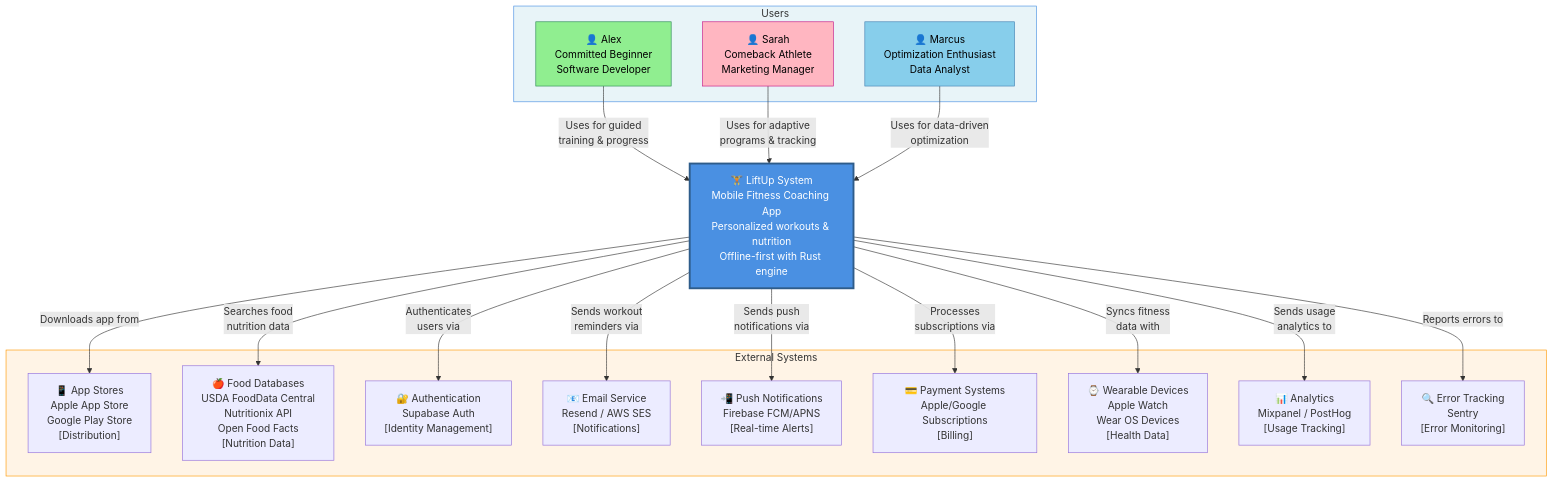
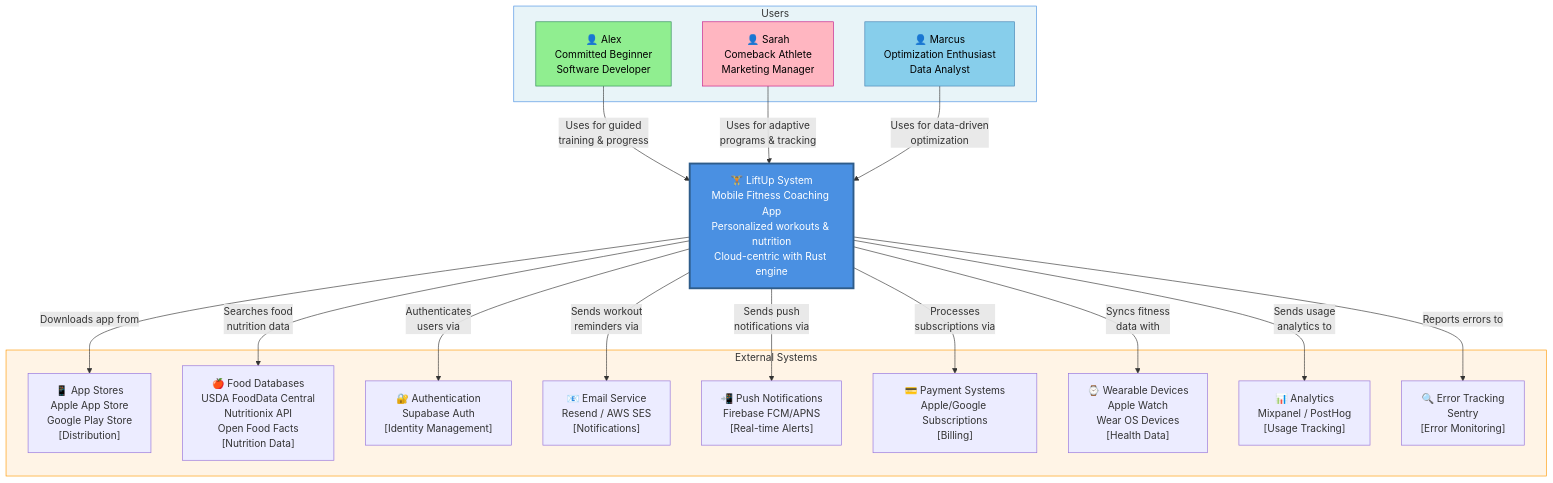
Before and after one commit to Eip-LiftUp/LiftUp-EIP: the first of 5 diagrams in docs/ARCHITECTURE_UML_C4_MODEL.md, drawn with Mermaid. The commit also changed other lines of this file, not shown here.

Commit message:
Doc : Refactor architecture to cloud-centric model

````diff
--- a/docs/ARCHITECTURE_UML_C4_MODEL.md
+++ b/docs/ARCHITECTURE_UML_C4_MODEL.md
@@ -50,51 +50,51 @@
 ```mermaid
 graph TB
     subgraph Users
         Alex["👤 Alex<br/>Committed Beginner<br/>Software Developer"]
         Sarah["👤 Sarah<br/>Comeback Athlete<br/>Marketing Manager"]
         Marcus["👤 Marcus<br/>Optimization Enthusiast<br/>Data Analyst"]
     end
     
-    LiftUp["🏋️ LiftUp System<br/>Mobile Fitness Coaching App<br/>Personalized workouts & nutrition<br/>Offline-first with Rust engine"]
+    LiftUp["🏋️ LiftUp System<br/>Mobile Fitness Coaching App<br/>Personalized workouts & nutrition<br/>Cloud-centric with Rust engine"]
     
     subgraph External_Systems["External Systems"]
         AppStores["📱 App Stores<br/>Apple App Store<br/>Google Play Store<br/>[Distribution]"]
         
         FoodDB["🍎 Food Databases<br/>USDA FoodData Central<br/>Nutritionix API<br/>Open Food Facts<br/>[Nutrition Data]"]
         
         Auth["🔐 Authentication<br/>Supabase Auth<br/>[Identity Management]"]
         
         Email["📧 Email Service<br/>Resend / AWS SES<br/>[Notifications]"]
         
         Push["📲 Push Notifications<br/>Firebase FCM/APNS<br/>[Real-time Alerts]"]
         
         Payment["💳 Payment Systems<br/>Apple/Google Subscriptions<br/>[Billing]"]
         
         Wearables["⌚ Wearable Devices<br/>Apple Watch<br/>Wear OS Devices<br/>[Health Data]"]
         
         Analytics["📊 Analytics<br/>Mixpanel / PostHog<br/>[Usage Tracking]"]
         
         Monitoring["🔍 Error Tracking<br/>Sentry<br/>[Error Monitoring]"]
     end
     
     Alex -->|"Uses for guided<br/>training & progress"| LiftUp
     Sarah -->|"Uses for adaptive<br/>programs & tracking"| LiftUp
     Marcus -->|"Uses for data-driven<br/>optimization"| LiftUp
     
     LiftUp -->|"Downloads app from"| AppStores
     LiftUp -->|"Searches food<br/>nutrition data"| FoodDB
     LiftUp -->|"Authenticates<br/>users via"| Auth
     LiftUp -->|"Sends workout<br/>reminders via"| Email
     LiftUp -->|"Sends push<br/>notifications via"| Push
     LiftUp -->|"Processes<br/>subscriptions via"| Payment
     LiftUp -->|"Syncs fitness<br/>data with"| Wearables
     LiftUp -->|"Sends usage<br/>analytics to"| Analytics
     LiftUp -->|"Reports errors to"| Monitoring
     
     style LiftUp fill:#4A90E2,stroke:#2E5C8A,stroke-width:3px,color:#fff
     style Users fill:#E8F4F8,stroke:#4A90E2
     style External_Systems fill:#FFF4E6,stroke:#FF9800
     style Alex fill:#90EE90,stroke:#2E8B57,color:#000
     style Sarah fill:#FFB6C1,stroke:#C71585,color:#000
     style Marcus fill:#87CEEB,stroke:#4682B4,color:#000
 ```
````
